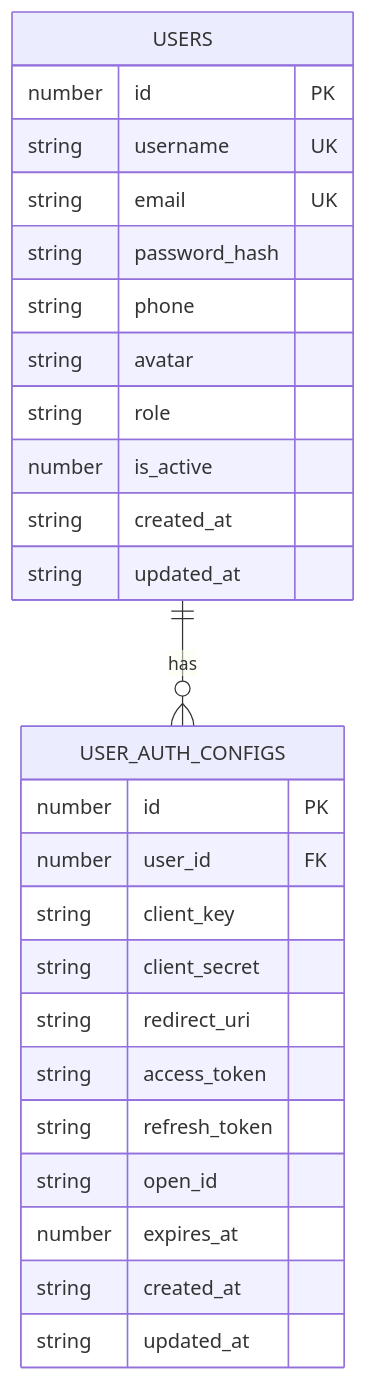
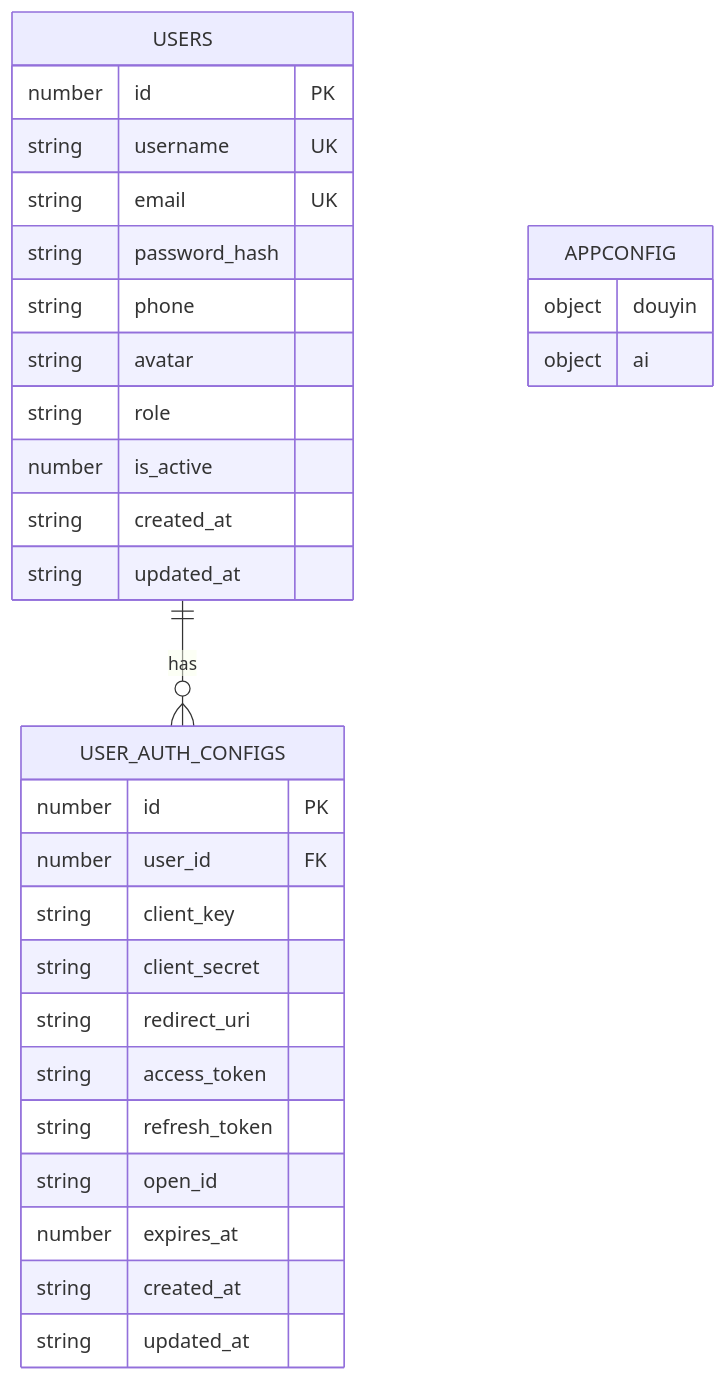
Before and after one commit to songdiyang/clawOperations: the ninth of 11 diagrams in .qoder/repowiki/zh/content/核心模块详解/认证模块/JWT用户认证系统.md, drawn with Mermaid. The commit also changed other lines of this file and 52 other files, not shown here.

````diff
--- a/.qoder/repowiki/zh/content/核心模块详解/认证模块/JWT用户认证系统.md
+++ b/.qoder/repowiki/zh/content/核心模块详解/认证模块/JWT用户认证系统.md
@@ -285,29 +353,33 @@
 ```mermaid
 erDiagram
 USERS {
 number id PK
 string username UK
 string email UK
 string password_hash
 string phone
 string avatar
 string role
 number is_active
 string created_at
 string updated_at
 }
 USER_AUTH_CONFIGS {
 number id PK
 number user_id FK
 string client_key
 string client_secret
 string redirect_uri
 string access_token
 string refresh_token
 string open_id
 number expires_at
 string created_at
 string updated_at
 }
+APPCONFIG {
+object douyin
+object ai
+}
 USERS ||--o{ USER_AUTH_CONFIGS : has
 ```
````
